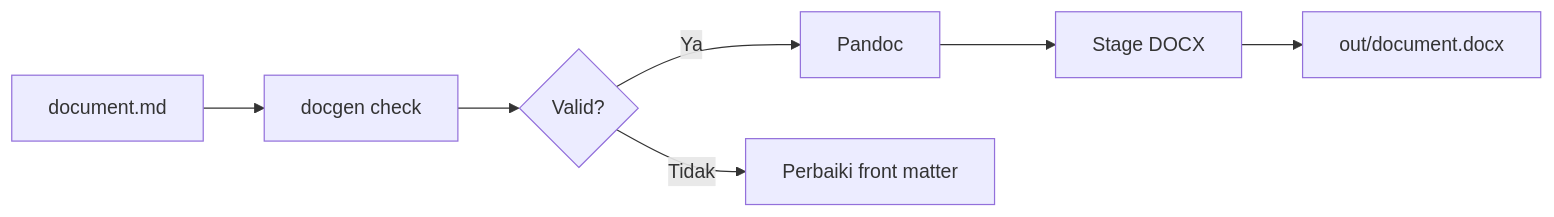
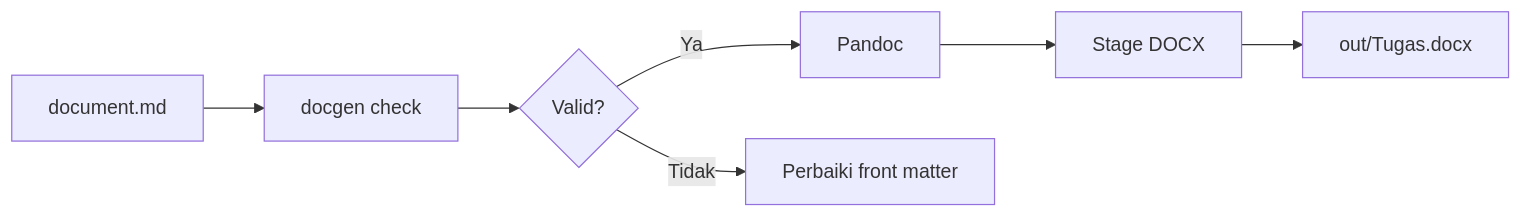
Before and after one commit to NioHast/docgen: the diagram in examples/thesis-single/document.md, drawn with Mermaid. The commit also changed 5 other files, not shown here.

````diff
--- a/examples/thesis-single/document.md
+++ b/examples/thesis-single/document.md
@@ -138,9 +138,9 @@
 ```{.mermaid caption="Alur validasi dan build dokumen"}
 flowchart LR
   A[document.md] --> B[docgen check]
   B --> C{Valid?}
   C -- Ya --> D[Pandoc]
   C -- Tidak --> E[Perbaiki front matter]
   D --> F[Stage DOCX]
-  F --> G[out/document.docx]
+  F --> G[out/Tugas.docx]
 ```
````
